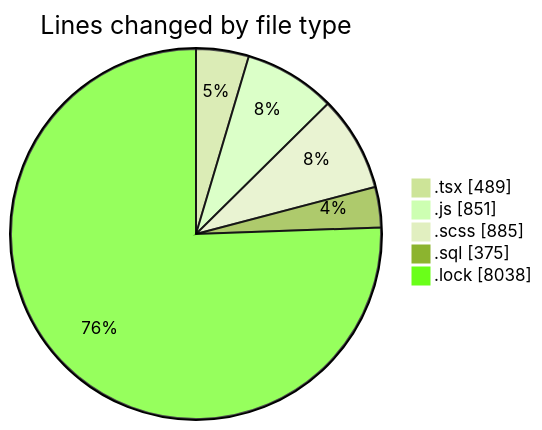
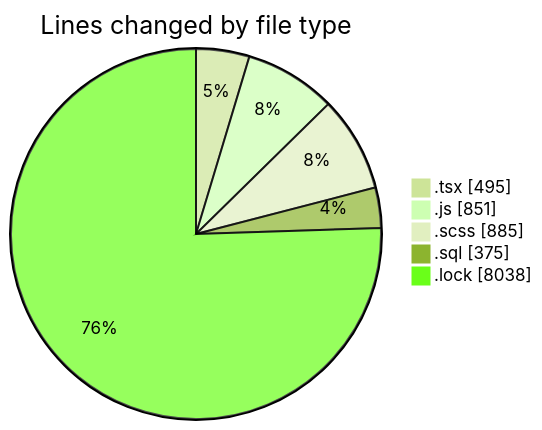
The first of 2 diagrams in 2025-03-18/cda/README.md (momahboobian/code-tracking), drawn with Mermaid (forest theme) before and after one commit. The commit also changed other lines of this file and 1 other file, not shown here.

````diff
--- a/2025-03-18/cda/README.md
+++ b/2025-03-18/cda/README.md
@@ -30,9 +30,9 @@
 ```mermaid
 pie showData
 title Lines changed by file type
-".tsx" : 489
+".tsx" : 495
 ".js" : 851
 ".scss" : 885
 ".sql" : 375
 ".lock" : 8038
 ```
````
